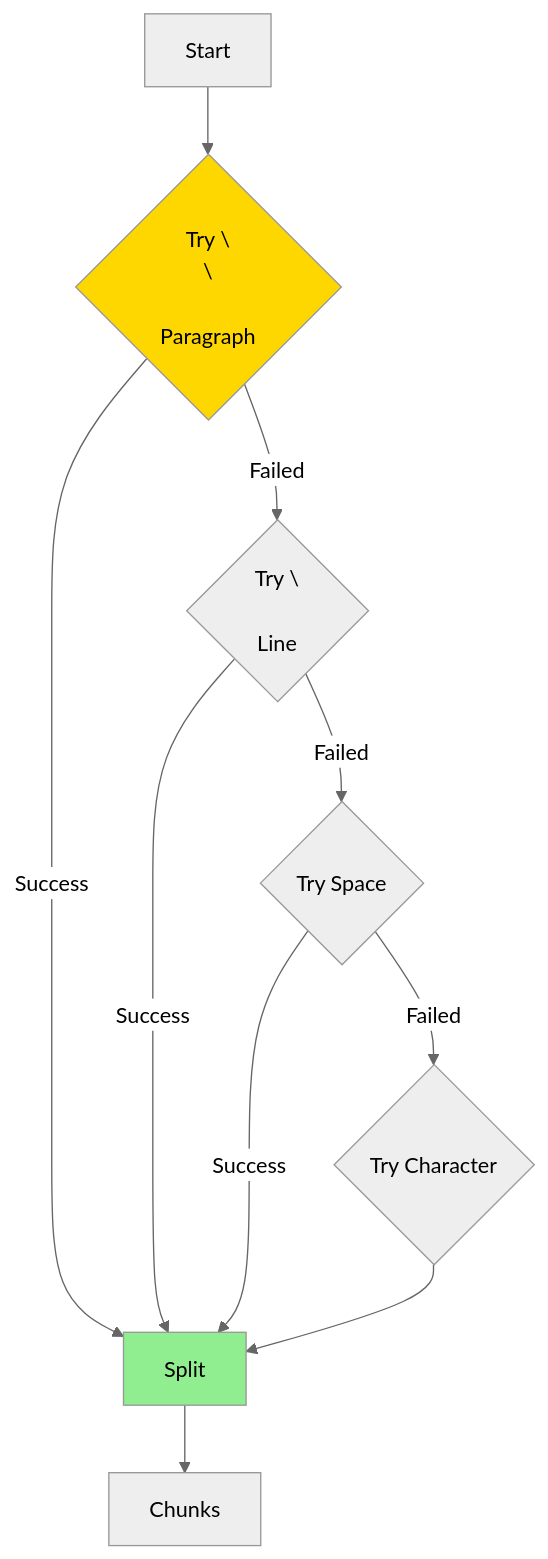
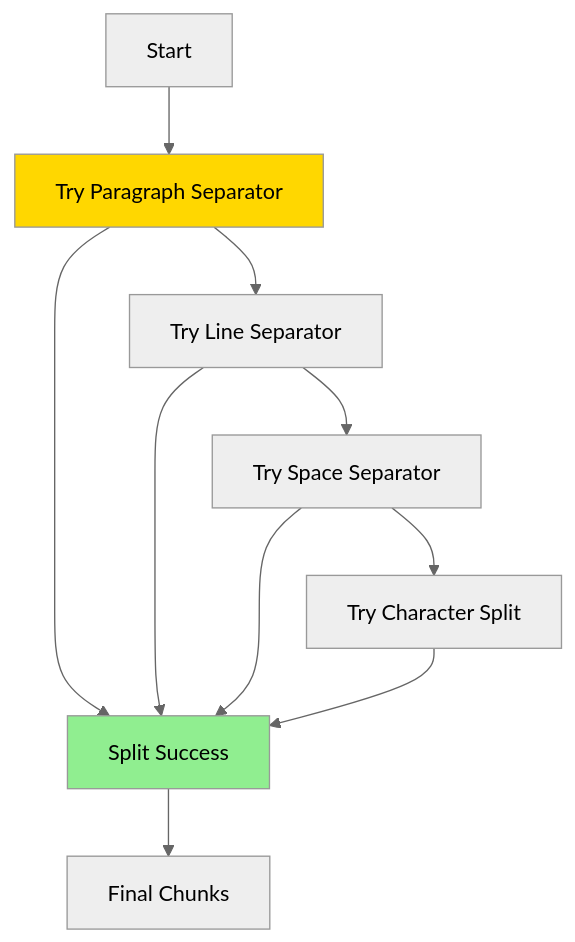
Before and after one commit to Kadiwalhussain/LangChain: the seventh of 14 diagrams in 12.TextSplitters/README.md, drawn with Mermaid (neutral theme). The commit also changed other lines of this file and 2 other files, not shown here.

Commit message:
fix: corrected Mermaid diagrams in all README files

````diff
--- a/12.TextSplitters/README.md
+++ b/12.TextSplitters/README.md
@@ -230,16 +230,16 @@
 ```mermaid
 graph TD
-    A[Start] --> B{Try \\n\\n<br/>Paragraph}
-    B -->|Success| C[Split]
-    B -->|Failed| D{Try \\n<br/>Line}
-    D -->|Success| C
-    D -->|Failed| E{Try Space}
-    E -->|Success| C
-    E -->|Failed| F{Try Character}
+    A[Start] --> B[Try Paragraph Separator]
+    B --> C[Split Success]
+    B --> D[Try Line Separator]
+    D --> C
+    D --> E[Try Space Separator]
+    E --> C
+    E --> F[Try Character Split]
     F --> C
     
-    C --> G[Chunks]
+    C --> G[Final Chunks]
     
     style B fill:#FFD700
     style C fill:#90EE90
 ```
````
